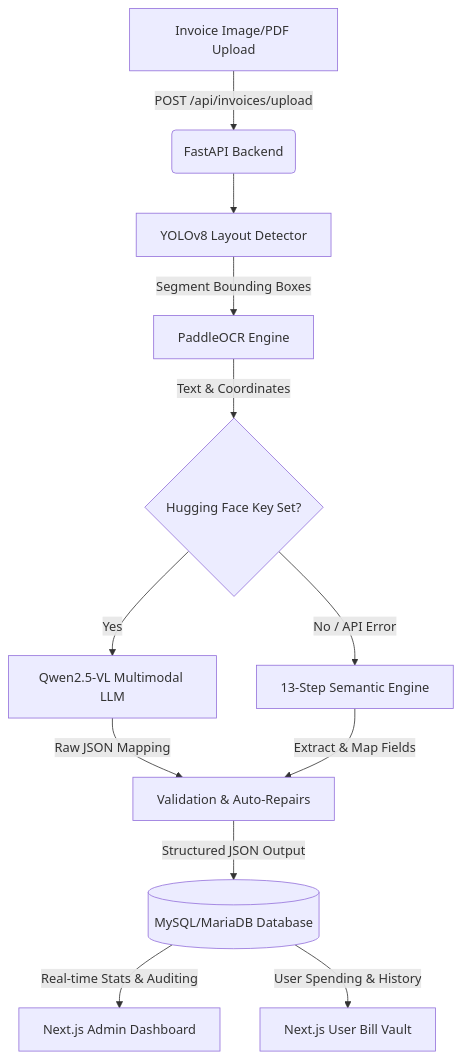
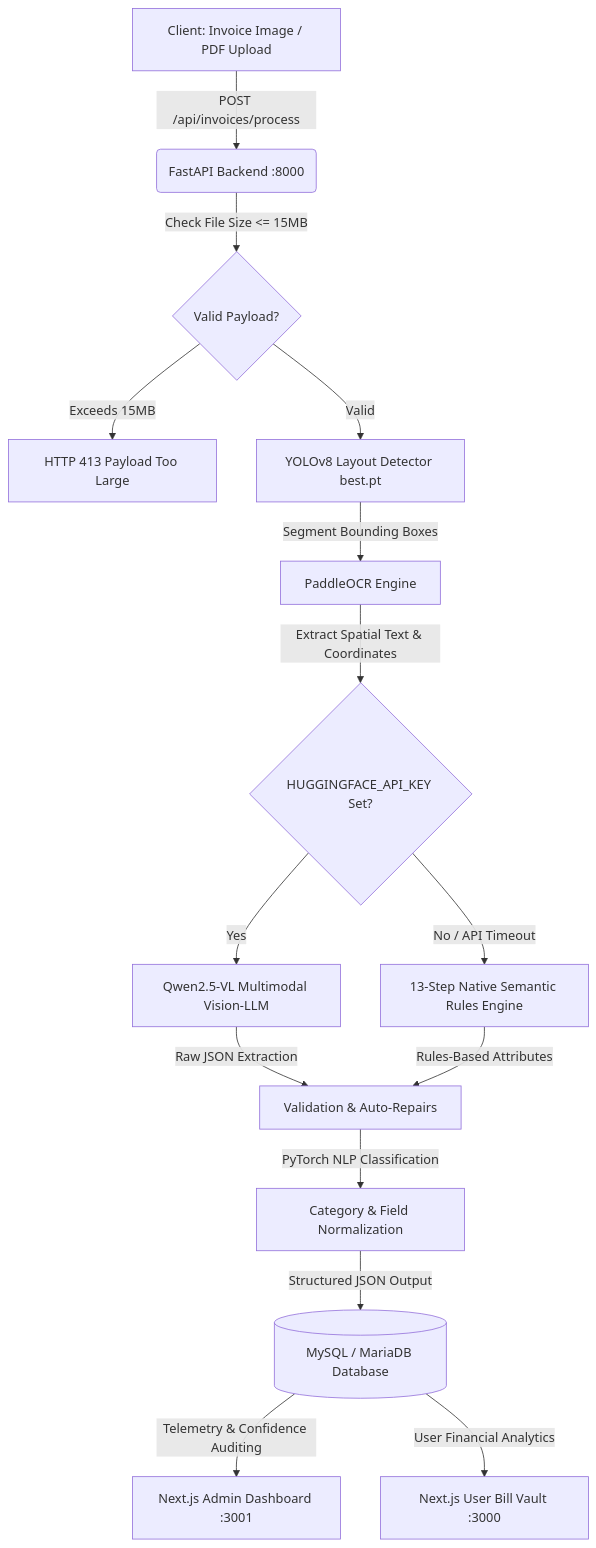
Before and after one commit to princeprajapati01/BillVaultAI: the diagram in README.md, drawn with Mermaid. The commit also changed other lines of this file and 83 other files, not shown here.

Commit message:
feat: enhance OCR pipeline & AI extraction, add mobile apps, and secure environment configurations

````diff
--- a/README.md
+++ b/README.md
@@ -44,14 +70,17 @@
 ```mermaid
 graph TD
-    A[Invoice Image/PDF Upload] -->|POST /api/invoices/upload| B(FastAPI Backend)
-    B --> C[YOLOv8 Layout Detector]
-    C -->|Segment Bounding Boxes| D[PaddleOCR Engine]
-    D -->|Text & Coordinates| E{Hugging Face Key Set?}
-    E -->|Yes| F[Qwen2.5-VL Multimodal LLM]
-    E -->|No / API Error| G[13-Step Semantic Engine]
-    F -->|Raw JSON Mapping| H[Validation & Auto-Repairs]
-    G -->|Extract & Map Fields| H
-    H -->|Structured JSON Output| I[(MySQL/MariaDB Database)]
-    I -->|Real-time Stats & Auditing| J[Next.js Admin Dashboard]
-    I -->|User Spending & History| K[Next.js User Bill Vault]
+    A[Client: Invoice Image / PDF Upload] -->|POST /api/invoices/process| B(FastAPI Backend :8000)
+    B -->|Check File Size <= 15MB| C{Valid Payload?}
+    C -->|Exceeds 15MB| C1[HTTP 413 Payload Too Large]
+    C -->|Valid| D[YOLOv8 Layout Detector best.pt]
+    D -->|Segment Bounding Boxes| E[PaddleOCR Engine]
+    E -->|Extract Spatial Text & Coordinates| F{HUGGINGFACE_API_KEY Set?}
+    F -->|Yes| G[Qwen2.5-VL Multimodal Vision-LLM]
+    F -->|No / API Timeout| H[13-Step Native Semantic Rules Engine]
+    G -->|Raw JSON Extraction| I[Validation & Auto-Repairs]
+    H -->|Rules-Based Attributes| I
+    I -->|PyTorch NLP Classification| J[Category & Field Normalization]
+    J -->|Structured JSON Output| K[(MySQL / MariaDB Database)]
+    K -->|Telemetry & Confidence Auditing| L[Next.js Admin Dashboard :3001]
+    K -->|User Financial Analytics| M[Next.js User Bill Vault :3000]
 ```
````
